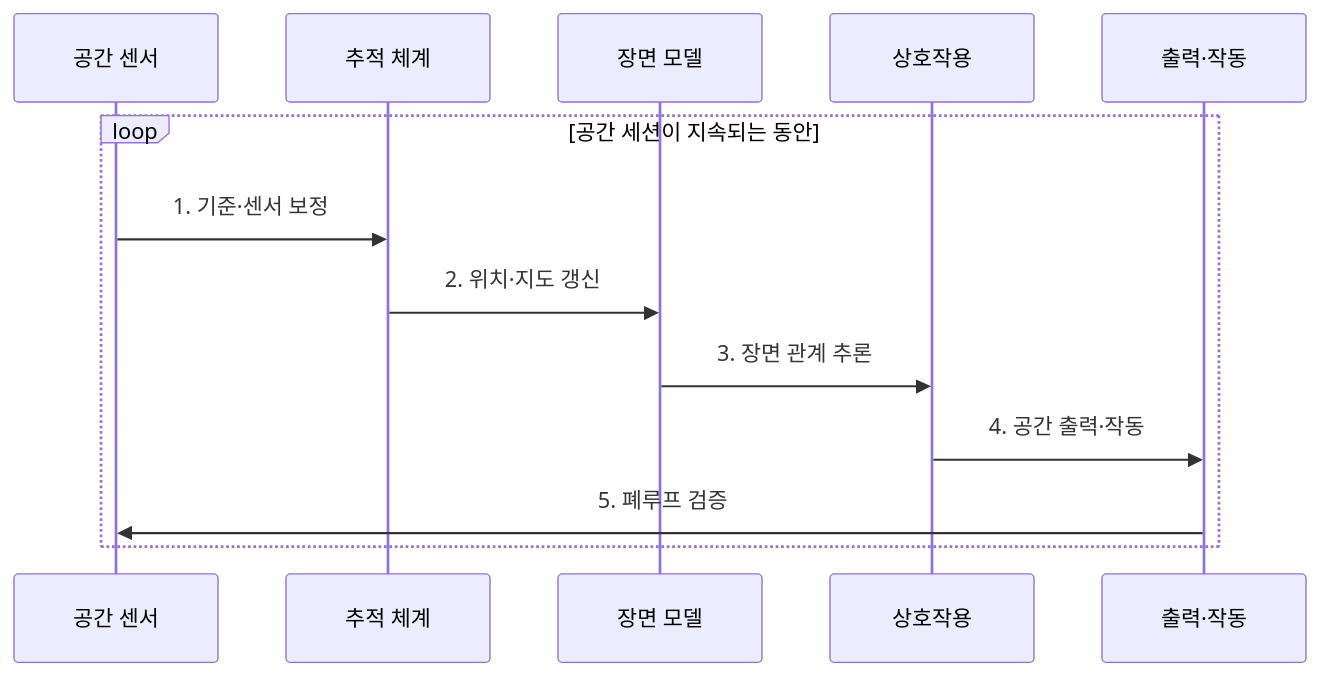
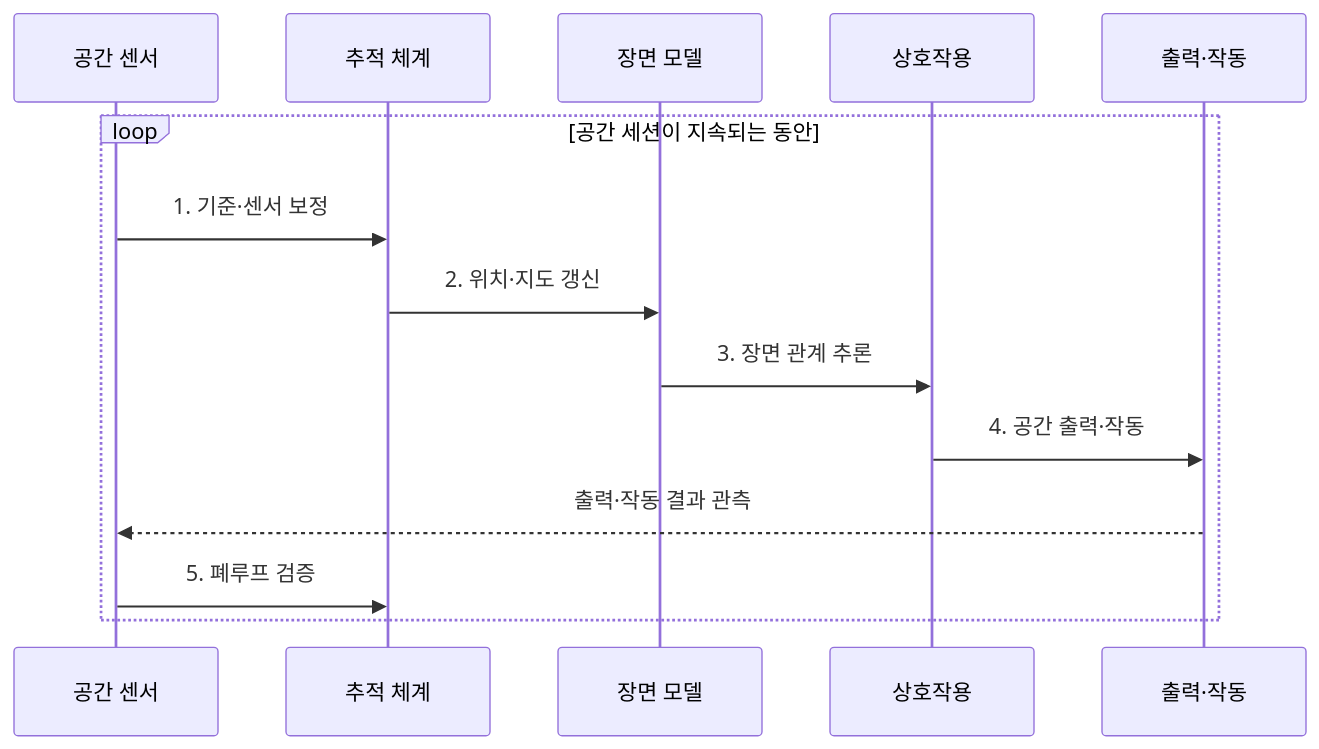
Before and after one commit to agnusdei1207/knowledge-base: the second of 2 diagrams in src/content/docs/notes/08-latest-tech/225_spatial_computing.md, drawn with Mermaid. The commit also changed other lines of this file and 6 other files, not shown here.

````diff
--- a/src/content/docs/notes/08-latest-tech/225_spatial_computing.md
+++ b/src/content/docs/notes/08-latest-tech/225_spatial_computing.md
@@ -77,15 +77,16 @@
 ```mermaid
 sequenceDiagram
   participant S as 공간 센서
   participant T as 추적 체계
   participant M as 장면 모델
   participant I as 상호작용
   participant O as 출력·작동
   loop 공간 세션이 지속되는 동안
     S->>T: 1. 기준·센서 보정
     T->>M: 2. 위치·지도 갱신
     M->>I: 3. 장면 관계 추론
     I->>O: 4. 공간 출력·작동
-    O->>S: 5. 폐루프 검증
+    O-->>S: 출력·작동 결과 관측
+    S->>T: 5. 폐루프 검증
   end
 ```
````
